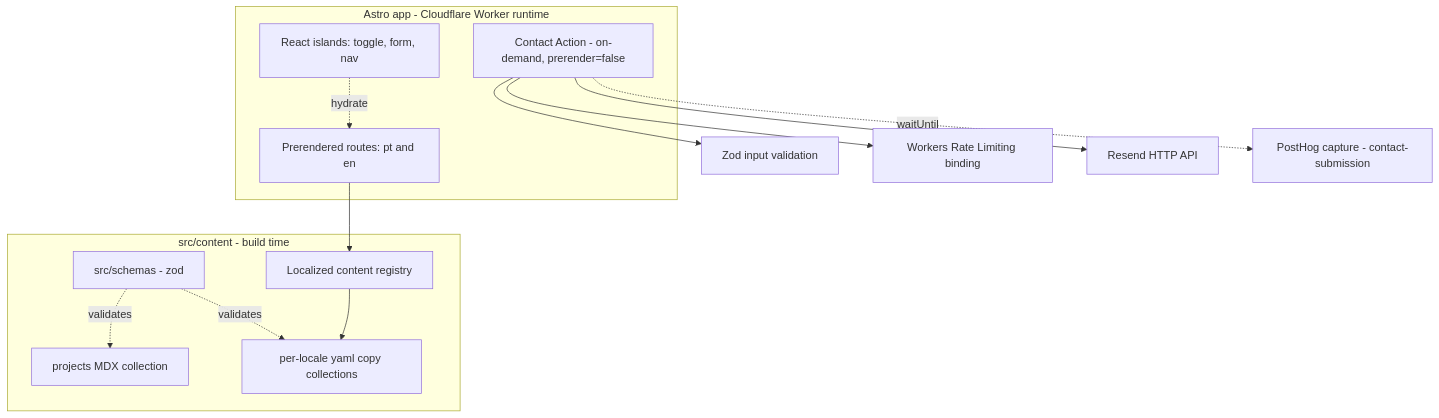
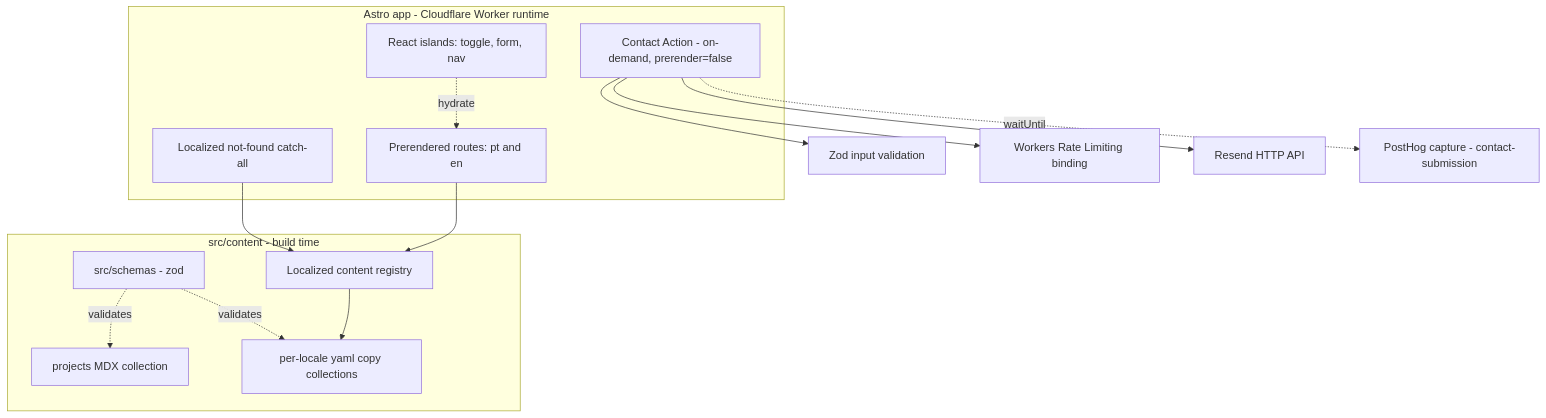
The first of 3 diagrams in docs/tech/design-doc.md (adeonir/adeonir.dev), drawn with Mermaid before and after one commit. The commit also changed other lines of this file and 1 other file, not shown here.

Commit message:
docs: document localized not-found runtime

````diff
--- a/docs/tech/design-doc.md
+++ b/docs/tech/design-doc.md
@@ -80,23 +81,25 @@
 ```mermaid
 flowchart TD
   subgraph App[Astro app - Cloudflare Worker runtime]
     Pages[Prerendered routes: pt and en]
+    NotFound[Localized not-found catch-all]
     Action[Contact Action - on-demand, prerender=false]
     Islands[React islands: toggle, form, nav]
   end
   subgraph Content[src/content - build time]
     MDX[projects MDX collection]
     Copy[per-locale yaml copy collections]
     Registry[Localized content registry]
     Schemas[src/schemas - zod]
   end
   Pages --> Registry
+  NotFound --> Registry
   Registry --> Copy
   Schemas -. validates .-> MDX
   Schemas -. validates .-> Copy
   Islands -. hydrate .-> Pages
   Action --> Zod[Zod input validation]
   Action --> RL[Workers Rate Limiting binding]
   Action --> Resend[Resend HTTP API]
   Action -. waitUntil .-> PostHog[PostHog capture - contact-submission]
 ```
````
